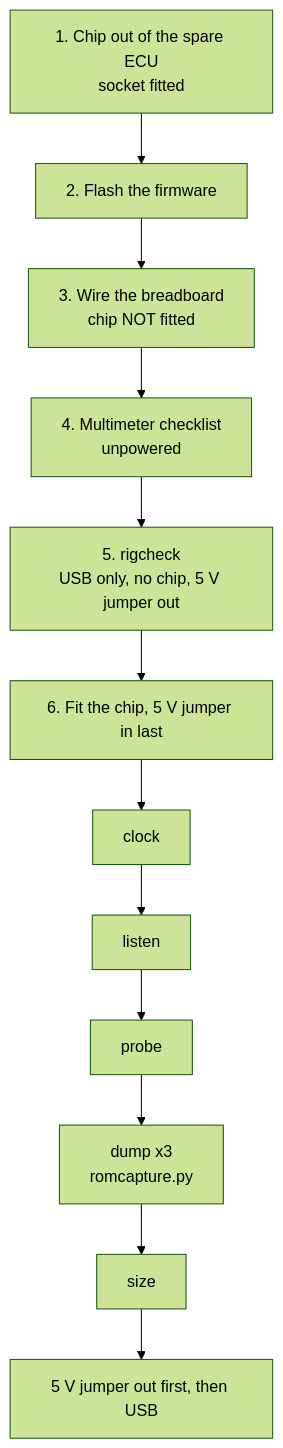
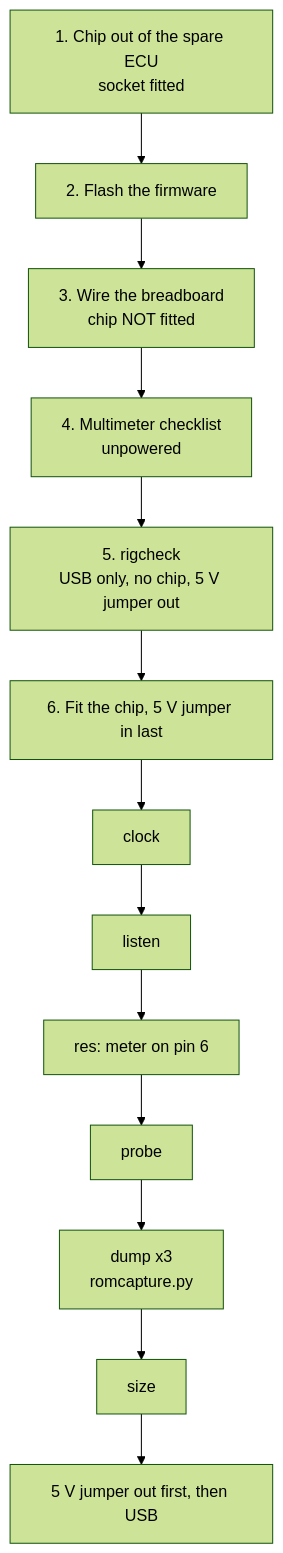
Before and after one commit to kurt-culley/Toyota-PCM-hacking: the diagram in docs/hardware/rp2350_reader_guide.md, drawn with Mermaid (forest theme). The commit also changed other lines of this file and 3 other files, not shown here.

````diff
--- a/docs/hardware/rp2350_reader_guide.md
+++ b/docs/hardware/rp2350_reader_guide.md
@@ -13,10 +13,10 @@
 ```mermaid
 flowchart TD
   A[1. Chip out of the spare ECU<br/>socket fitted] --> B[2. Flash the firmware]
   B --> C[3. Wire the breadboard<br/>chip NOT fitted]
   C --> D[4. Multimeter checklist<br/>unpowered]
   D --> E[5. rigcheck<br/>USB only, no chip, 5 V jumper out]
   E --> F[6. Fit the chip, 5 V jumper in last]
-  F --> G[clock] --> H[listen] --> I[probe] --> J[dump x3<br/>romcapture.py] --> K[size]
+  F --> G[clock] --> H[listen] --> R[res: meter on pin 6] --> I[probe] --> J[dump x3<br/>romcapture.py] --> K[size]
   K --> L[5 V jumper out first, then USB]
 ```
````
